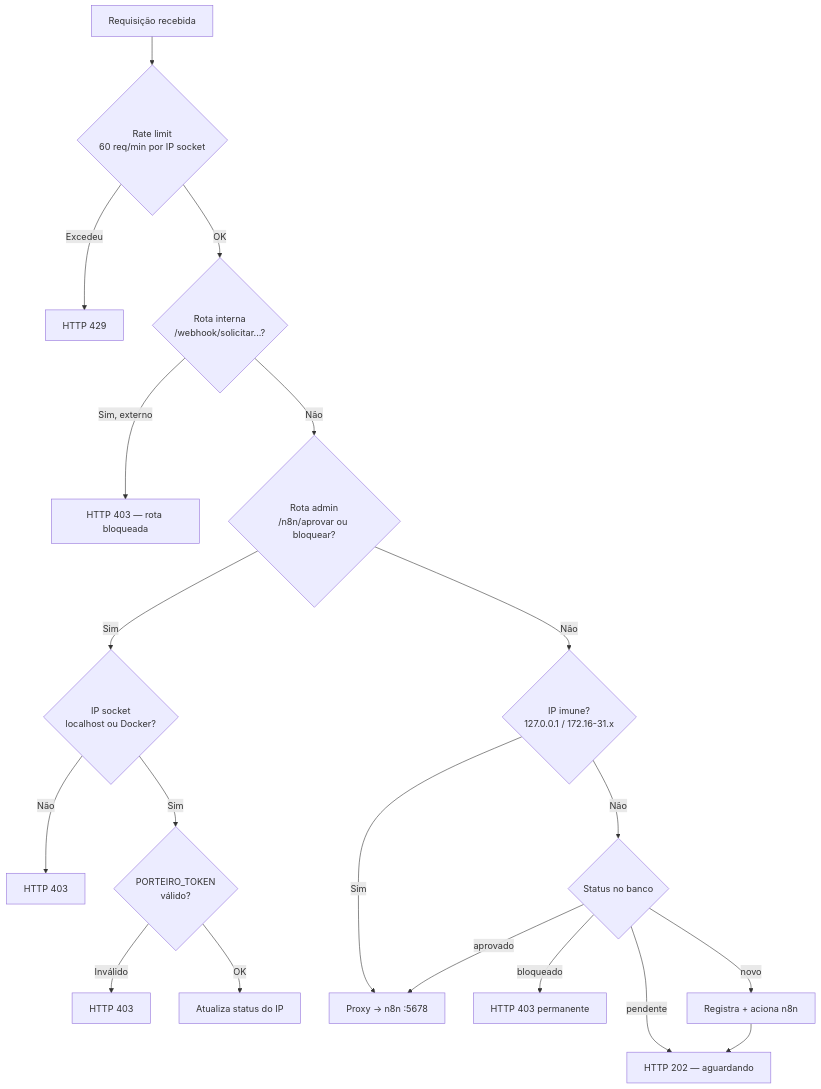
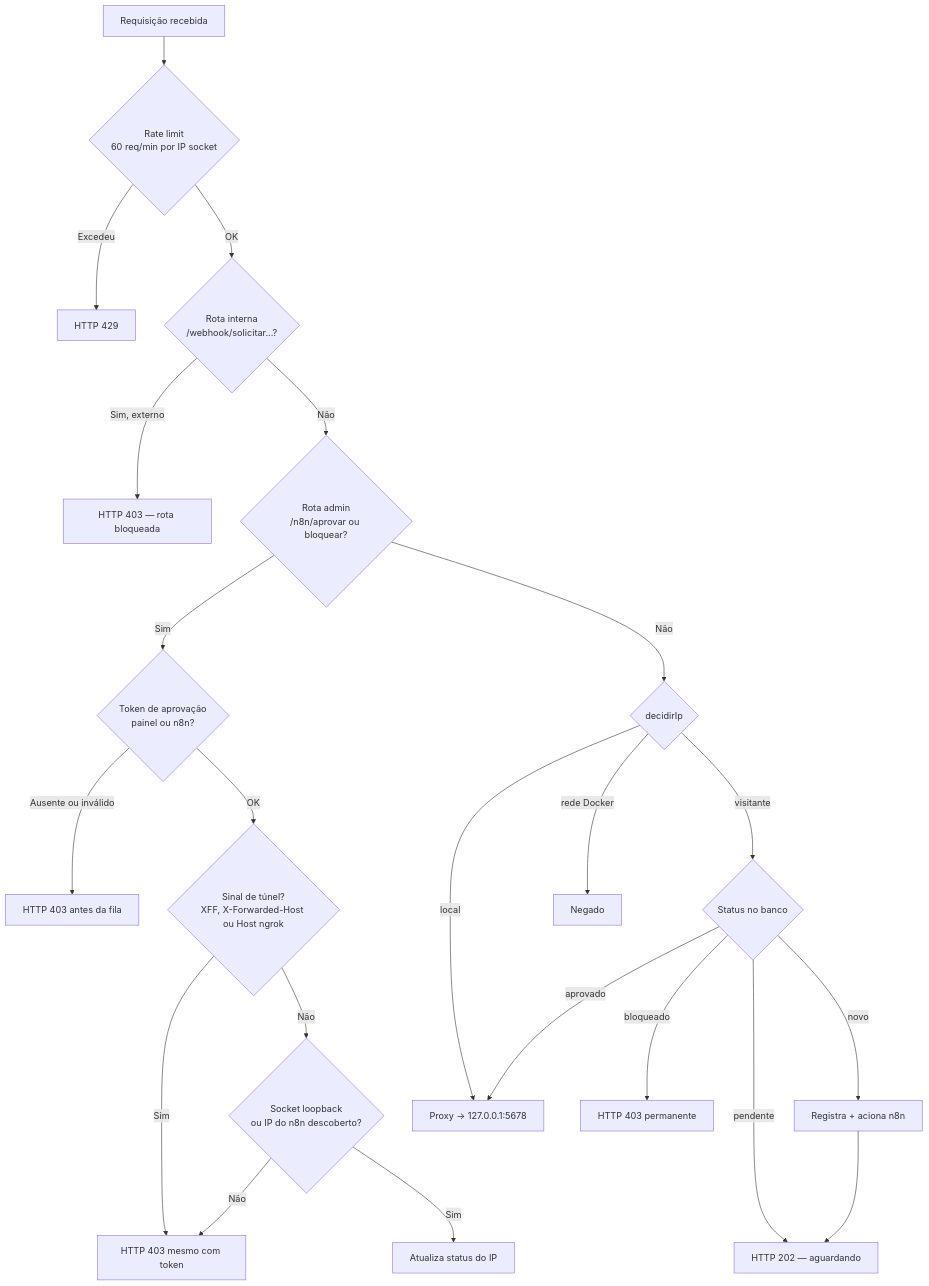
Before and after one commit to Zidszs/Zidsz-Board-POC: the seventh of 13 diagrams in DOCUMENTACAO.md, drawn with Mermaid. The commit also changed other lines of this file and 180 other files, not shown here.

````diff
--- a/DOCUMENTACAO.md
+++ b/DOCUMENTACAO.md
@@ -325,23 +322,26 @@
 ```mermaid
 flowchart TD
     REQ[Requisição recebida] --> RL{Rate limit<br/>60 req/min por IP socket}
     RL -->|Excedeu| R429[HTTP 429]
     RL -->|OK| FW{Rota interna<br/>/webhook/solicitar...?}
     FW -->|Sim, externo| R403A[HTTP 403 — rota bloqueada]
     FW -->|Não| ADM{Rota admin<br/>/n8n/aprovar ou bloquear?}
 
-    ADM -->|Sim| IMM{IP socket<br/>localhost ou Docker?}
-    IMM -->|Não| R403B[HTTP 403]
-    IMM -->|Sim| TOK{PORTEIRO_TOKEN<br/>válido?}
-    TOK -->|Inválido| R403C[HTTP 403]
-    TOK -->|OK| CMD[Atualiza status do IP]
+    ADM -->|Sim| TOK{Token de aprovação<br/>painel ou n8n?}
+    TOK -->|Ausente ou inválido| R403C[HTTP 403 antes da fila]
+    TOK -->|OK| TUN{Sinal de túnel?<br/>XFF, X-Forwarded-Host ou Host ngrok}
+    TUN -->|Sim| R403B[HTTP 403 mesmo com token]
+    TUN -->|Não| IMM{Socket loopback<br/>ou IP do n8n descoberto?}
+    IMM -->|Não| R403B
+    IMM -->|Sim| CMD[Atualiza status do IP]
 
-    ADM -->|Não| IP{IP imune?<br/>127.0.0.1 / 172.16-31.x}
-    IP -->|Sim| PROXY[Proxy → n8n :5678]
-    IP -->|Não| REG{Status no banco}
+    ADM -->|Não| IP{decidirIp}
+    IP -->|local| PROXY[Proxy → 127.0.0.1:5678]
+    IP -->|rede Docker| R403E[Negado]
+    IP -->|visitante| REG{Status no banco}
     REG -->|aprovado| PROXY
     REG -->|bloqueado| R403D[HTTP 403 permanente]
     REG -->|pendente| R202[HTTP 202 — aguardando]
     REG -->|novo| NEW[Registra + aciona n8n]
     NEW --> R202
 ```
````
